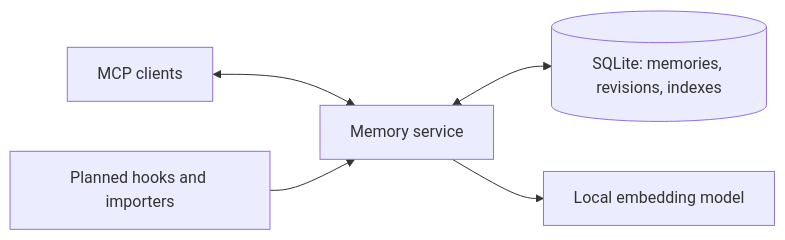
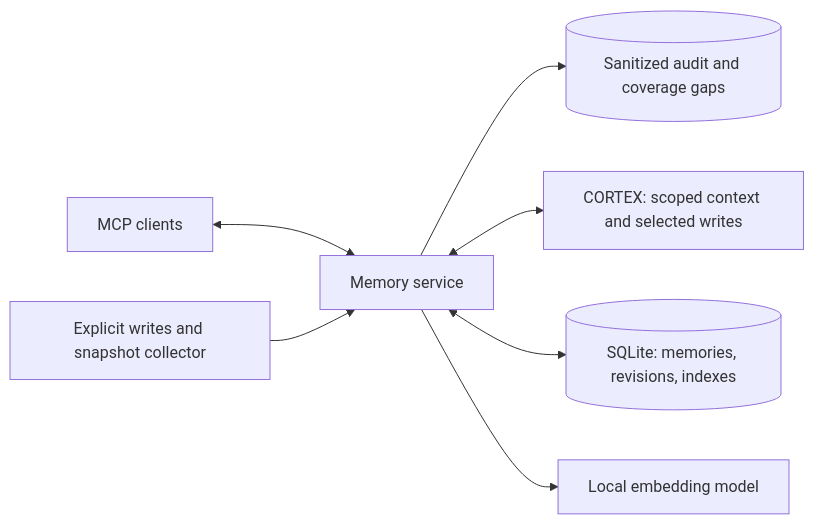
One commit to OnFiala/Dots-Brain changed the diagram in docs/architecture.md. Above: the diagram before and after it, drawn with Mermaid. The commit also changed other lines of this file and 45 other files, not shown here.

Commit message:
feat(memory): add appliance audit, scoped connectors and guarded recovery

````diff
--- a/docs/architecture.md
+++ b/docs/architecture.md
@@ -18,7 +18,9 @@
 ```mermaid
 flowchart LR
     clients[MCP clients] <--> server[Memory service]
-    sources[Planned hooks and importers] --> server
+    sources[Explicit writes and snapshot collector] --> server
+    server --> audit[(Sanitized audit and coverage gaps)]
+    server <--> cortex[CORTEX: scoped context and selected writes]
     server <--> db[(SQLite: memories, revisions, indexes)]
     server --> model[Local embedding model]
 ```
````
